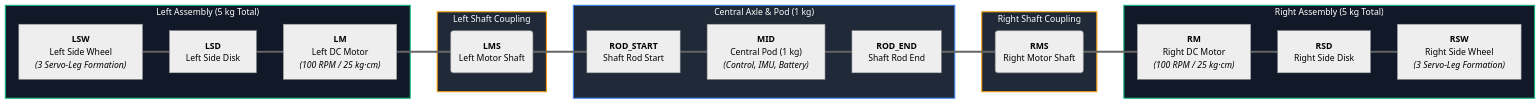
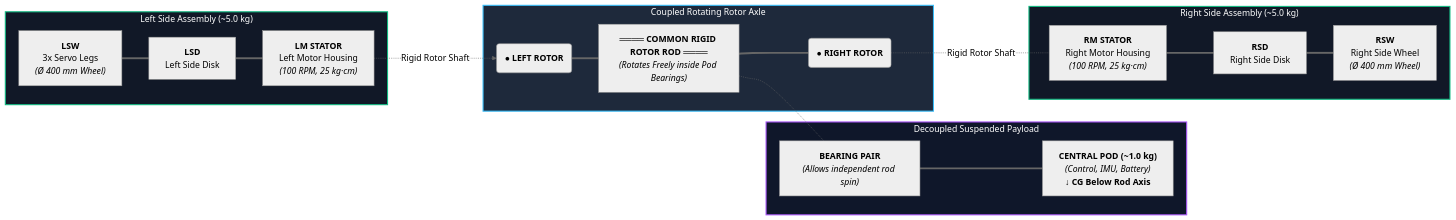
One commit to ParagPat20/Codes changed the diagram in Documentation/Mechanical_Structure.md. Above: the diagram before and after it, drawn with Mermaid (neutral theme). The commit also changed other lines of this file, not shown here.

````diff
--- a/Documentation/Mechanical_Structure.md
+++ b/Documentation/Mechanical_Structure.md
@@ -69,47 +181,45 @@
 ```mermaid
 graph LR
-    subgraph Left_Assembly ["Left Assembly (5 kg Total)"]
-        LSW["<b>LSW</b><br/>Left Side Wheel<br/><i>(3 Servo-Leg Formation)</i>"]
+    subgraph Left_Assembly ["Left Side Assembly (~5.0 kg)"]
+        LSW["<b>LSW</b><br/>3x Servo Legs<br/><i>(Ø 400 mm Wheel)</i>"]
         LSD["<b>LSD</b><br/>Left Side Disk"]
-        LM["<b>LM</b><br/>Left DC Motor<br/><i>(100 RPM / 25 kg·cm)</i>"]
+        LM_STATOR["<b>LM STATOR</b><br/>Left Motor Housing<br/><i>(100 RPM, 25 kg·cm)</i>"]
     end
 
-    subgraph Left_Drive ["Left Shaft Coupling"]
-        LMS("<b>LMS</b><br/>Left Motor Shaft")
+    subgraph Coupled_Rotor_System ["Coupled Rotating Rotor Axle"]
+        LMS_ROTOR("● <b>LEFT ROTOR</b>")
+        RIGID_ROD["════ <b>COMMON RIGID ROTOR ROD</b> ════<br/><i>(Rotates Freely inside Pod Bearings)</i>"]
+        RMS_ROTOR("● <b>RIGHT ROTOR</b>")
     end
 
-    subgraph Central_Core ["Central Axle & Pod (1 kg)"]
-        ROD_START["<b>ROD_START</b><br/>Shaft Rod Start"]
-        MID["<b>MID</b><br/>Central Pod (1 kg)<br/><i>(Control, IMU, Battery)</i>"]
-        ROD_END["<b>ROD_END</b><br/>Shaft Rod End"]
+    subgraph Suspended_Payload ["Decoupled Suspended Payload"]
+        BEARINGS["<b>BEARING PAIR</b><br/><i>(Allows independent rod spin)</i>"]
+        MID_POD["<b>CENTRAL POD (~1.0 kg)</b><br/><i>(Control, IMU, Battery)</i><br/><b>↓ CG Below Rod Axis</b>"]
     end
 
-    subgraph Right_Drive ["Right Shaft Coupling"]
-        RMS("<b>RMS</b><br/>Right Motor Shaft")
+    subgraph Right_Assembly ["Right Side Assembly (~5.0 kg)"]
+        RM_STATOR["<b>RM STATOR</b><br/>Right Motor Housing<br/><i>(100 RPM, 25 kg·cm)</i>"]
+        RSD["<b>RSD</b><br/>Right Side Disk"]
+        RSW["<b>RSW</b><br/>Right Side Wheel<br/><i>(Ø 400 mm Wheel)</i>"]
     end
 
-    subgraph Right_Assembly ["Right Assembly (5 kg Total)"]
-        RM["<b>RM</b><br/>Right DC Motor<br/><i>(100 RPM / 25 kg·cm)</i>"]
-        RSD["<b>RSD</b><br/>Right Side Disk"]
-        RSW["<b>RSW</b><br/>Right Side Wheel<br/><i>(3 Servo-Leg Formation)</i>"]
-    end
-
-    %% Coaxial Axis Connections
+    %% Kinematic Connections
     LSW === LSD
-    LSD === LM
-    LM === LMS
-    LMS === ROD_START
-    ROD_START === MID
-    MID === ROD_END
-    ROD_END === RMS
-    RMS === RM
-    RM === RSD
+    LSD === LM_STATOR
+    LM_STATOR -. Rigid Rotor Shaft .-> LMS_ROTOR
+    LMS_ROTOR === RIGID_ROD
+    RIGID_ROD === RMS_ROTOR
+    RMS_ROTOR -. Rigid Rotor Shaft .- RM_STATOR
+    RM_STATOR === RSD
     RSD === RSW
 
+    %% Bearing Suspended Coupling
+    RIGID_ROD -.- BEARINGS
+    BEARINGS === MID_POD
+
     %% Visual Styling
-    style Central_Core fill:#1f2937,stroke:#3b82f6,stroke-width:2px,color:#fff
+    style Coupled_Rotor_System fill:#1e293b,stroke:#38bdf8,stroke-width:2px,color:#fff
+    style Suspended_Payload fill:#0f172a,stroke:#a855f7,stroke-width:2px,color:#fff
     style Left_Assembly fill:#111827,stroke:#10b981,stroke-width:2px,color:#fff
     style Right_Assembly fill:#111827,stroke:#10b981,stroke-width:2px,color:#fff
-    style Left_Drive fill:#1f2937,stroke:#f59e0b,stroke-width:2px,color:#fff
-    style Right_Drive fill:#1f2937,stroke:#f59e0b,stroke-width:2px,color:#fff
 ```
````
